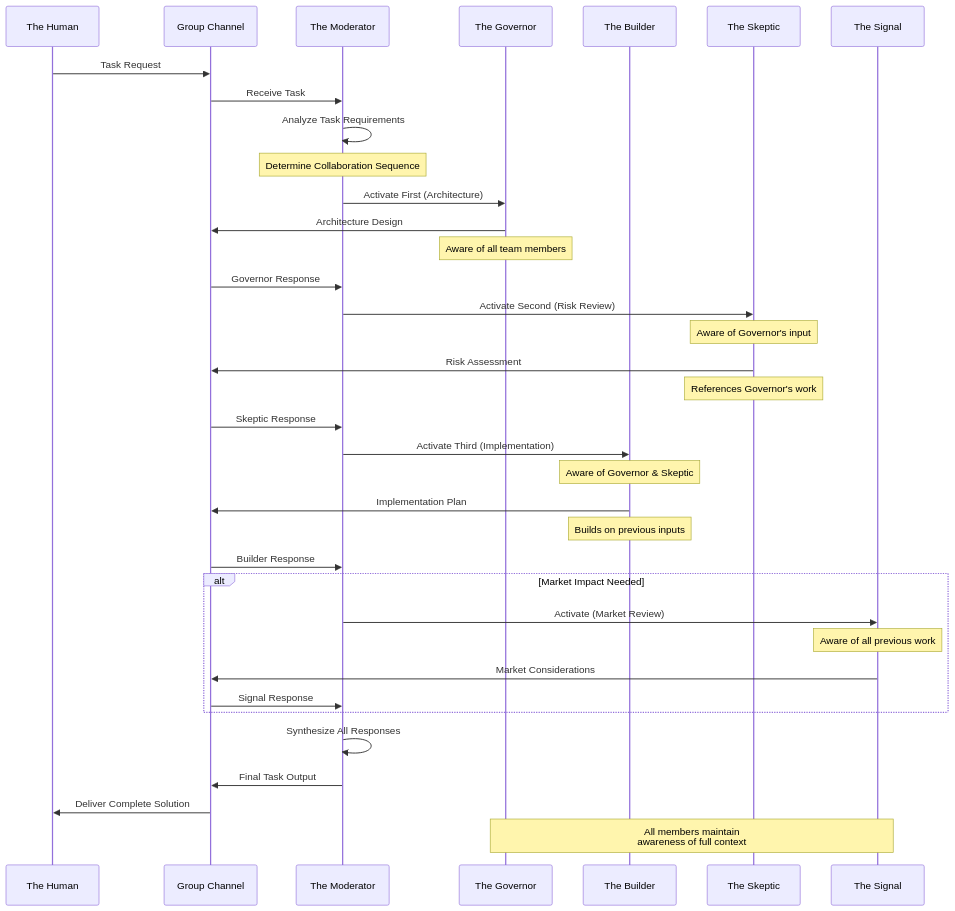
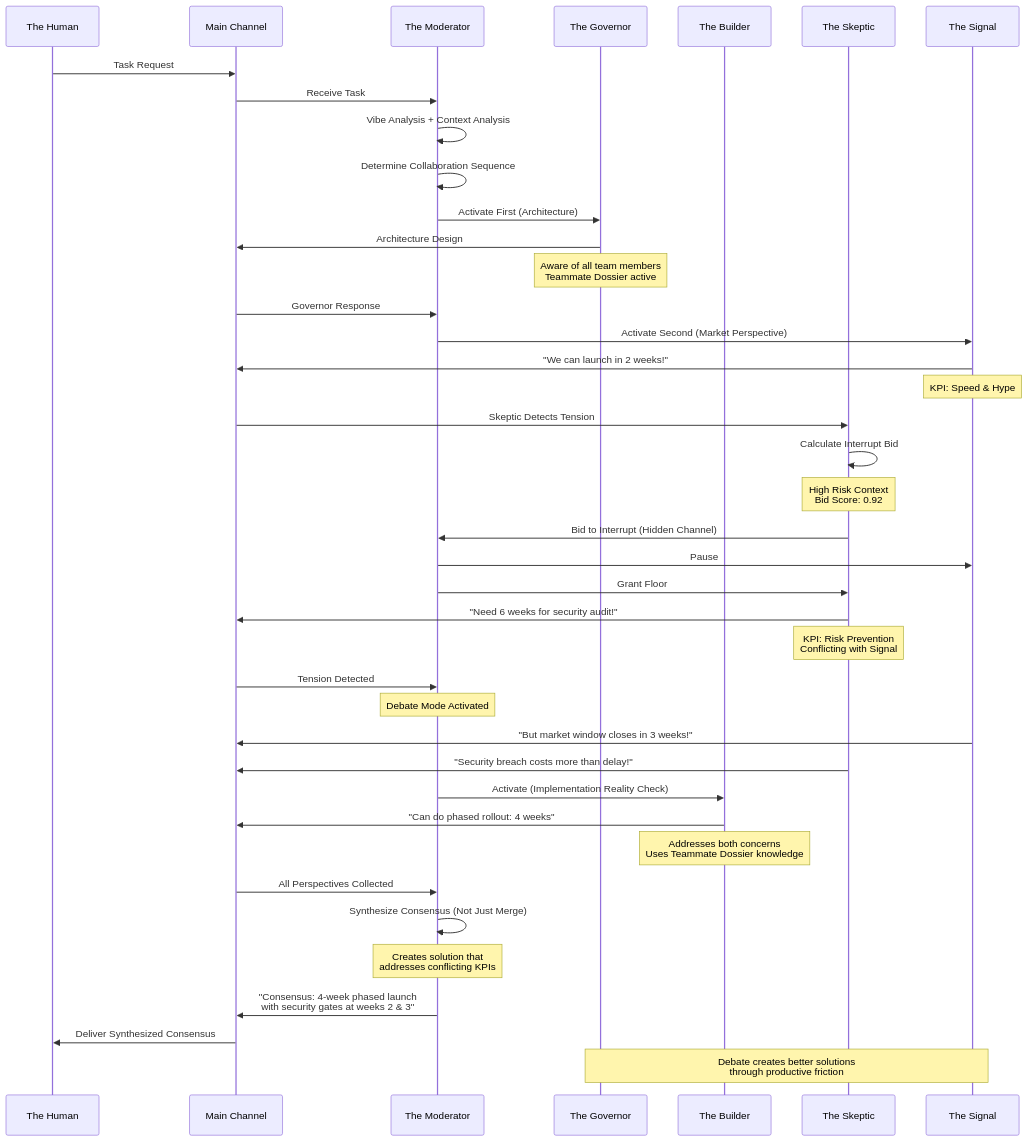
One commit to Roshan-yadav-evil-genius/TheOneEye changed diagram 12 of 13 in TheOneEyeTeam/README.md. Above: the diagram before and after it, drawn with Mermaid. The commit also changed other lines of this file, not shown here.

````diff
--- a/TheOneEyeTeam/README.md
+++ b/TheOneEyeTeam/README.md
@@ -253,50 +549,57 @@
 ```mermaid
 sequenceDiagram
     participant Human as The Human
-    participant Channel as Group Channel
+    participant MainChannel as Main Channel
     participant Moderator as The Moderator
     participant Gov as The Governor
     participant Builder as The Builder
     participant Skeptic as The Skeptic
     participant Signal as The Signal
     
-    Human->>Channel: Task Request
-    Channel->>Moderator: Receive Task
+    Human->>MainChannel: Task Request
+    MainChannel->>Moderator: Receive Task
     
-    Moderator->>Moderator: Analyze Task Requirements
-    
-    Note over Moderator: Determine Collaboration Sequence
+    Moderator->>Moderator: Vibe Analysis + Context Analysis
+    Moderator->>Moderator: Determine Collaboration Sequence
     
     Moderator->>Gov: Activate First (Architecture)
-    Gov->>Channel: Architecture Design
-    Note over Gov: Aware of all team members
+    Gov->>MainChannel: Architecture Design
+    Note over Gov: Aware of all team members<br/>Teammate Dossier active
     
-    Channel->>Moderator: Governor Response
+    MainChannel->>Moderator: Governor Response
     
-    Moderator->>Skeptic: Activate Second (Risk Review)
-    Note over Skeptic: Aware of Governor's input
-    Skeptic->>Channel: Risk Assessment
-    Note over Skeptic: References Governor's work
+    Moderator->>Signal: Activate Second (Market Perspective)
+    Signal->>MainChannel: "We can launch in 2 weeks!"
+    Note over Signal: KPI: Speed & Hype
     
-    Channel->>Moderator: Skeptic Response
+    MainChannel->>Skeptic: Skeptic Detects Tension
+    Skeptic->>Skeptic: Calculate Interrupt Bid
+    Note over Skeptic: High Risk Context<br/>Bid Score: 0.92
     
-    Moderator->>Builder: Activate Third (Implementation)
-    Note over Builder: Aware of Governor & Skeptic
-    Builder->>Channel: Implementation Plan
-    Note over Builder: Builds on previous inputs
+    Skeptic->>Moderator: Bid to Interrupt (Hidden Channel)
+    Moderator->>Signal: Pause
+    Moderator->>Skeptic: Grant Floor
+    Skeptic->>MainChannel: "Need 6 weeks for security audit!"
+    Note over Skeptic: KPI: Risk Prevention<br/>Conflicting with Signal
     
-    Channel->>Moderator: Builder Response
+    MainChannel->>Moderator: Tension Detected
     
-    alt Market Impact Needed
-        Moderator->>Signal: Activate (Market Review)
-        Note over Signal: Aware of all previous work
-        Signal->>Channel: Market Considerations
-        Channel->>Moderator: Signal Response
-    end
+    Note over Moderator: Debate Mode Activated
     
-    Moderator->>Moderator: Synthesize All Responses
-    Moderator->>Channel: Final Task Output
-    Channel->>Human: Deliver Complete Solution
+    Signal->>MainChannel: "But market window closes in 3 weeks!"
+    Skeptic->>MainChannel: "Security breach costs more than delay!"
     
-    Note over Gov,Signal: All members maintain<br/>awareness of full context
+    Moderator->>Builder: Activate (Implementation Reality Check)
+    Builder->>MainChannel: "Can do phased rollout: 4 weeks"
+    Note over Builder: Addresses both concerns<br/>Uses Teammate Dossier knowledge
+    
+    MainChannel->>Moderator: All Perspectives Collected
+    
+    Moderator->>Moderator: Synthesize Consensus (Not Just Merge)
+    Note over Moderator: Creates solution that<br/>addresses conflicting KPIs
+    
+    Moderator->>MainChannel: "Consensus: 4-week phased launch<br/>with security gates at weeks 2 & 3"
+    MainChannel->>Human: Deliver Synthesized Consensus
+    
+    Note over Gov,Signal: Debate creates better solutions<br/>through productive friction
 ```
````
